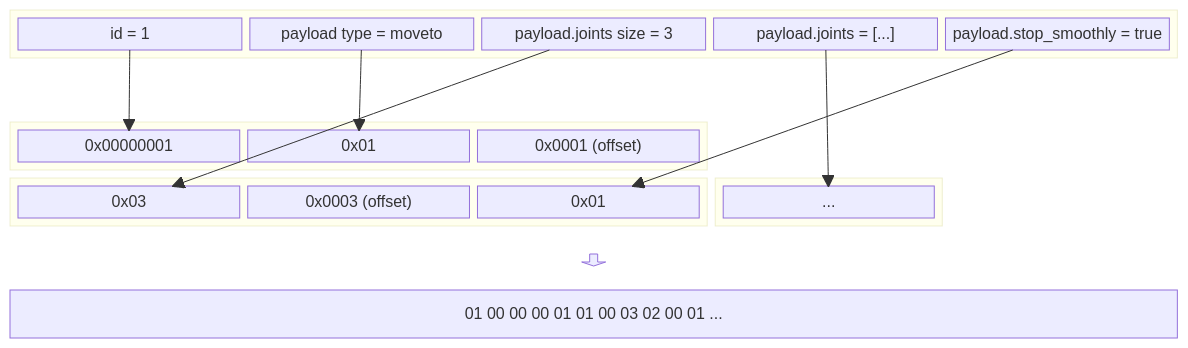
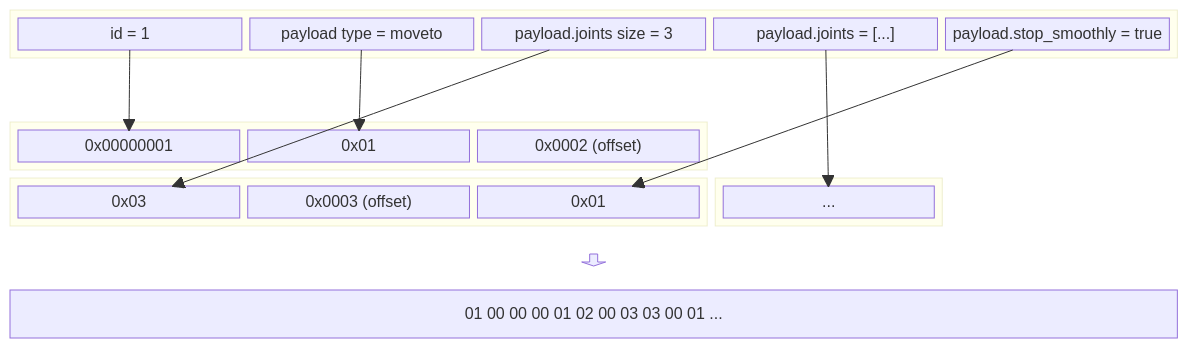
The fifth of 5 diagrams in README.md (ZachDaChampion/simple-buffers), drawn with Mermaid before and after one commit. The commit also changed other lines of this file, not shown here.

Commit message:
Fix endianness and offsets in readme

````diff
--- a/README.md
+++ b/README.md
@@ -238,38 +238,38 @@
 ```mermaid
 block-beta
     columns 5
 
     block:braw:5
         rawid["id = 1"]
         rawpayloadtype["payload type = moveto"]
         rawjointslen["payload.joints size = 3"]
         rawjoints["payload.joints = [...]"]
         rawstop["payload.stop_smoothly = true"]
     end
     space:5
     block:bser:3
         serid["0x00000001"]
         serpayloadtype["0x01"]
-        serpayloadoffset["0x0001 (offset)"]
+        serpayloadoffset["0x0002 (offset)"]
     end
     space:2
     block:bdyn0:3
         serjointslen["0x03"]
         serjointsptr["0x0003 (offset)"]
         serstop["0x01"]
     end
     block:serdyn1:1
         serjoints["..."]
     end
     space:1
     space:2 down<[" "]>(down) space:2
     block:final:5
-        final["01 00 00 00 01 01 00 03 02 00 01 ..."]:5
+        final["01 00 00 00 01 02 00 03 03 00 01 ..."]:5
     end
 
     rawid-->serid
     rawpayloadtype-->serpayloadtype
     rawjointslen-->serjointslen
     rawjoints-->serjoints
     rawstop-->serstop
 ```
````
